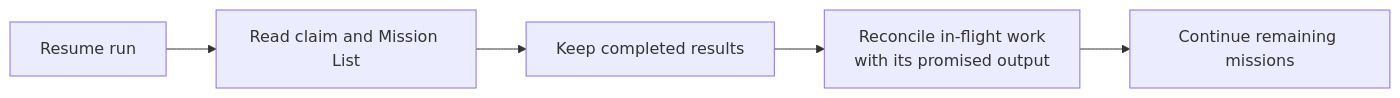
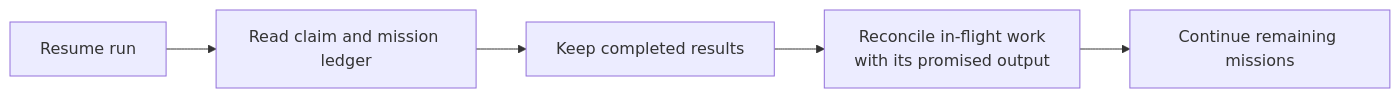
The third of 3 diagrams in README.md (KaolaBrother/Kaola-Workflow), drawn with Mermaid before and after one commit. The commit also changed other lines of this file and 23 other files, not shown here.

First line of the commit message:
docs(ledger): ADR 0027 the mission ledger; docs, README, CHANGELOG, AGENTS.md (#1089)

````diff
--- a/README.md
+++ b/README.md
@@ -156,8 +163,8 @@
 ```mermaid
 flowchart LR
-    R["Resume run"] --> D["Read claim and Mission List"]
+    R["Resume run"] --> D["Read claim and mission ledger"]
     D --> C["Keep completed results"]
     C --> I["Reconcile in-flight work
 with its promised output"]
     I --> N["Continue remaining missions"]
 ```
````
